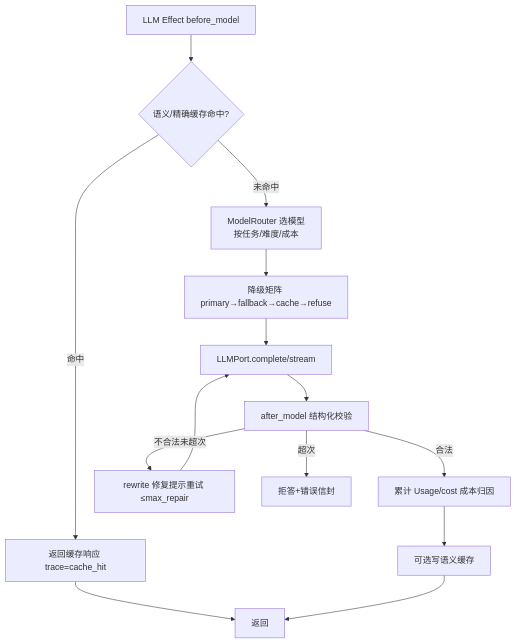
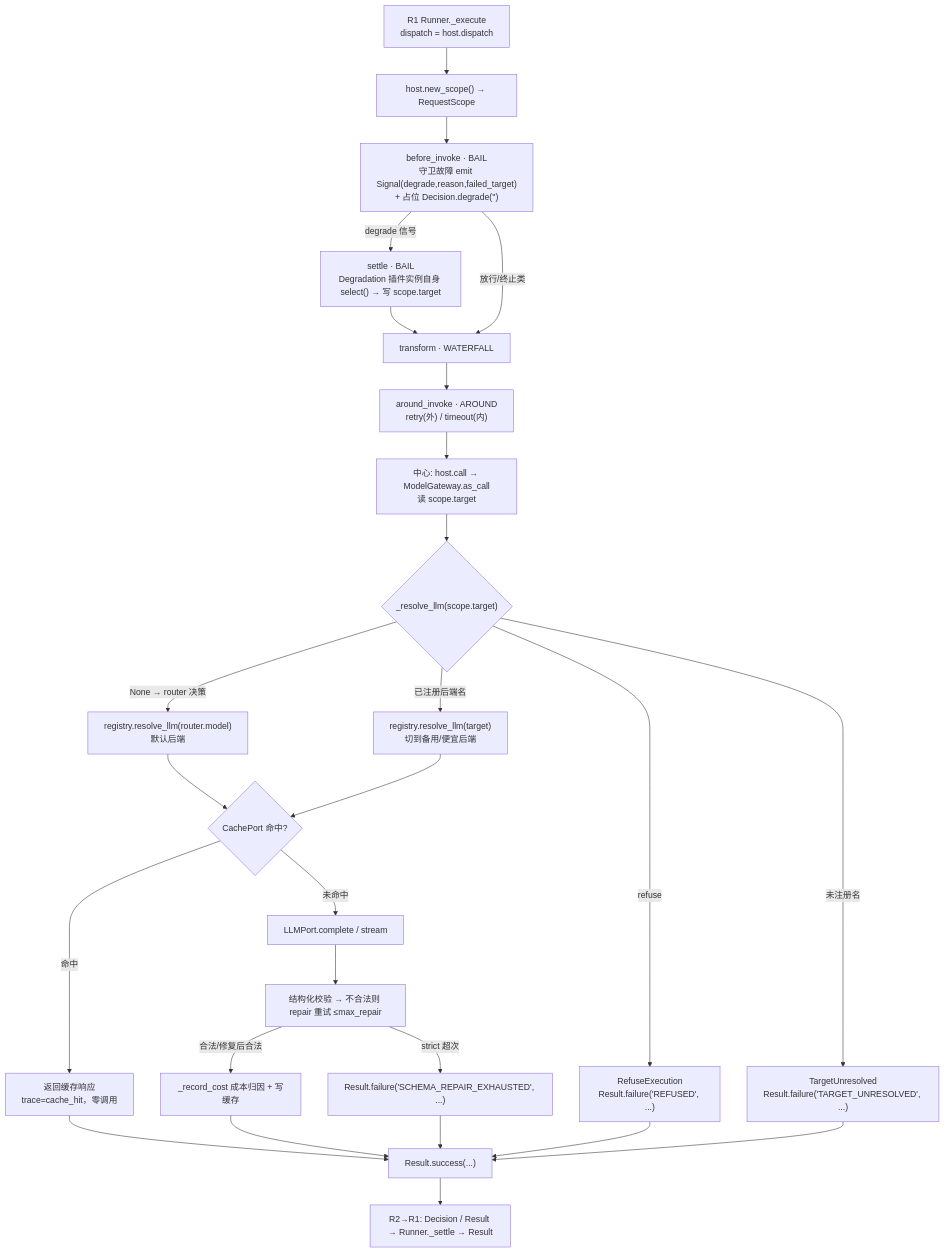
One commit to sao-lang/lll changed the diagram in docs/02-模块详设/Agent/R4-模型与推理.md. Above: the diagram before and after it, drawn with Mermaid. The commit also changed other lines of this file and 67 other files, not shown here.

````diff
--- a/docs/02-模块详设/Agent/R4-模型与推理.md
+++ b/docs/02-模块详设/Agent/R4-模型与推理.md
@@ -25,16 +91,28 @@
 ```mermaid
 flowchart TD
-    IN["LLM Effect before_model"] --> C{"语义/精确缓存命中?"}
-    C -->|命中| RET["返回缓存响应 trace=cache_hit"]
-    C -->|未命中| ROUTE["ModelRouter 选模型<br/>按任务/难度/成本"]
-    ROUTE --> DGR["降级矩阵 primary→fallback→cache→refuse"]
-    DGR --> CALL["LLMPort.complete/stream"]
-    CALL --> S["after_model 结构化校验"]
-    S -->|合法| U["累计 Usage/cost 成本归因"]
-    S -->|不合法未超次| RP["rewrite 修复提示重试 ≤max_repair"]
-    RP --> CALL
-    S -->|超次| RF["拒答+错误信封"]
-    U --> ST["可选写语义缓存"]
-    RET --> OUT["返回"]
-    ST --> OUT
+    A["R1 Runner._execute<br/>dispatch = host.dispatch"] --> B["host.new_scope() → RequestScope"]
+    B --> C["before_invoke · BAIL<br/>守卫故障 emit Signal(degrade,reason,failed_target)<br/>+ 占位 Decision.degrade('')"]
+    C -->|degrade 信号| S["settle · BAIL<br/>Degradation 插件实例自身 select() → 写 scope.target"]
+    C -->|放行/终止类| D["transform · WATERFALL"]
+    S --> D
+    D --> E["around_invoke · AROUND<br/>retry(外) / timeout(内)"]
+    E --> F["中心: host.call → ModelGateway.as_call<br/>读 scope.target"]
+    F --> G{"_resolve_llm(scope.target)"}
+    G -->|"None → router 决策"| H["registry.resolve_llm(router.model)<br/>默认后端"]
+    G -->|"已注册后端名"| I["registry.resolve_llm(target)<br/>切到备用/便宜后端"]
+    G -->|"refuse"| J["RefuseExecution<br/>Result.failure('REFUSED', ...)"]
+    G -->|"未注册名"| K["TargetUnresolved<br/>Result.failure('TARGET_UNRESOLVED', ...)"]
+    H --> L{"CachePort 命中?"}
+    I --> L
+    L -->|命中| M["返回缓存响应<br/>trace=cache_hit，零调用"]
+    L -->|未命中| N["LLMPort.complete / stream"]
+    N --> O["结构化校验 → 不合法则 repair 重试 ≤max_repair"]
+    O -->|合法/修复后合法| P["_record_cost 成本归因 + 写缓存"]
+    O -->|"strict 超次"| Q["Result.failure('SCHEMA_REPAIR_EXHAUSTED', ...)"]
+    M --> R["Result.success(...)"]
+    P --> R
+    J --> R
+    K --> R
+    Q --> R
+    R --> Z["R2→R1: Decision / Result → Runner._settle → Result"]
 ```
````
